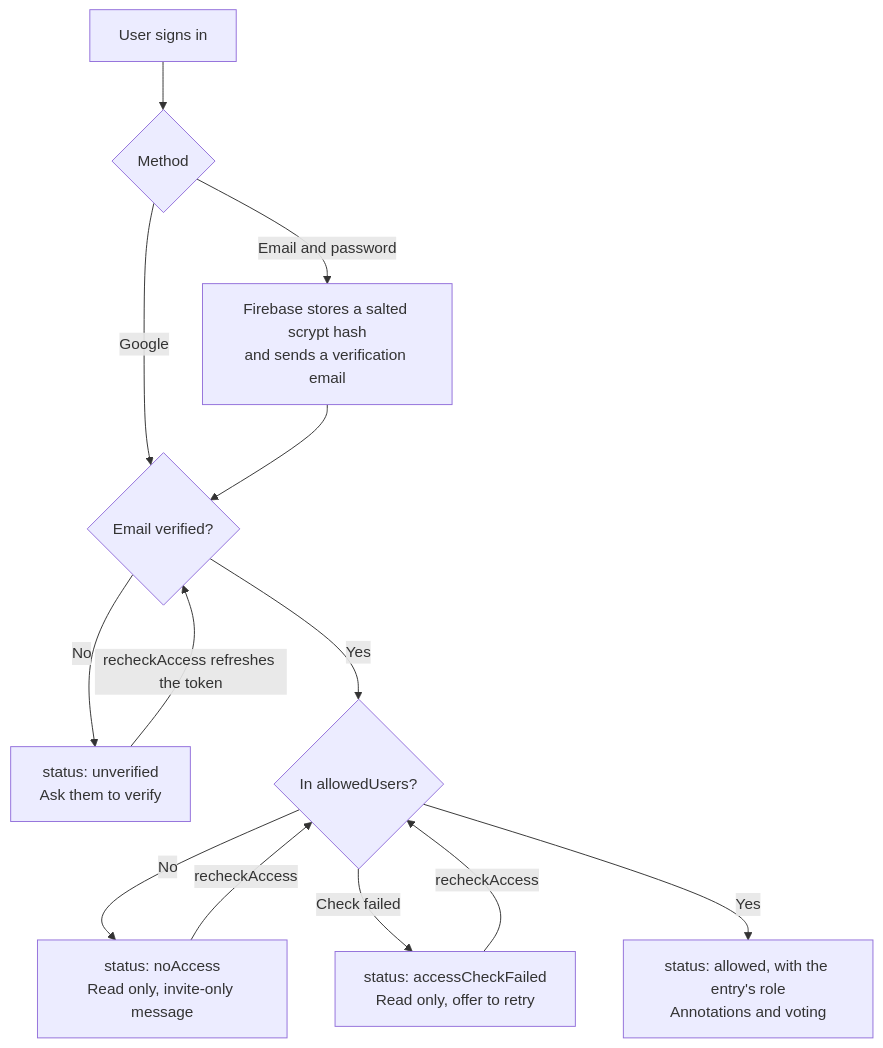
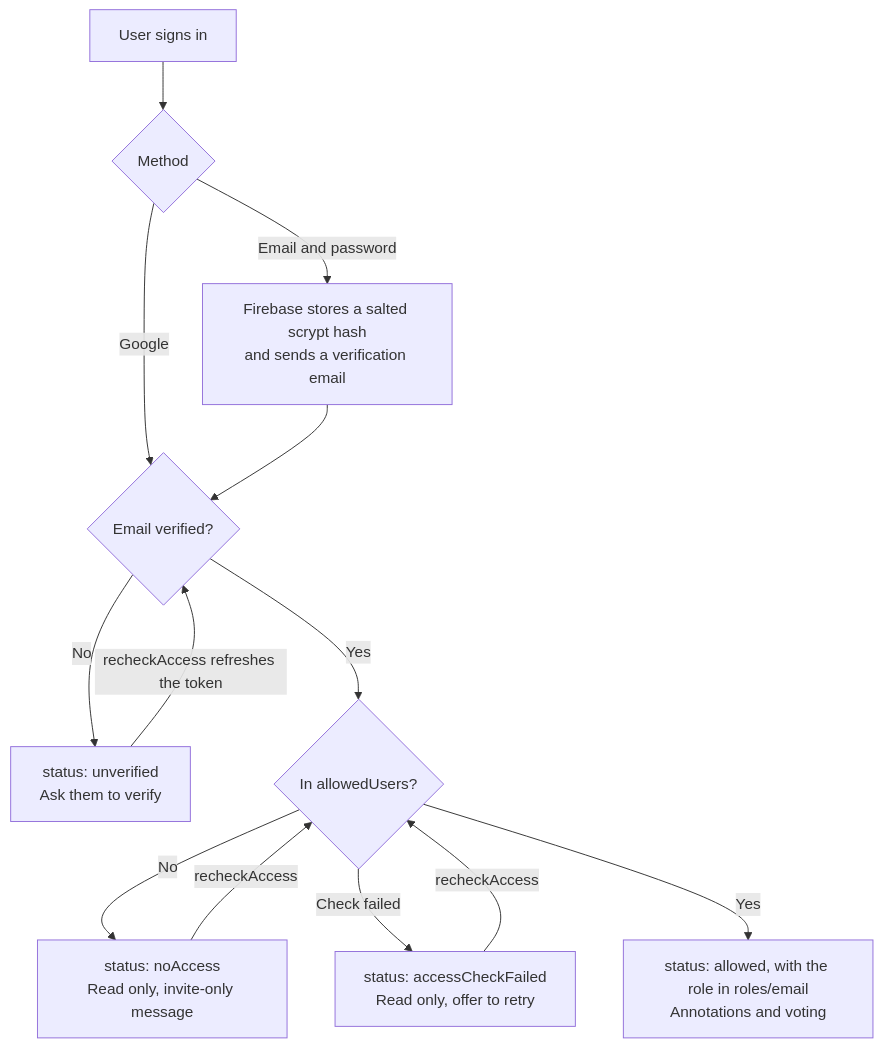
Diagram 17 of 21 in ARCHITECTURE.md (Valiance-Studios/bible-center), drawn with Mermaid before and after one commit. The commit also changed other lines of this file and 9 other files, not shown here.

````diff
--- a/ARCHITECTURE.md
+++ b/ARCHITECTURE.md
@@ -597,15 +597,15 @@
 ```mermaid
 flowchart TD
   start["User signs in"] --> method{"Method"}
   method -- "Google" --> verified{"Email verified?"}
   method -- "Email and password" --> register["Firebase stores a salted scrypt hash<br/>and sends a verification email"]
   register --> verified
   verified -- "No" --> prompt["status: unverified<br/>Ask them to verify"]
   prompt -- "recheckAccess refreshes the token" --> verified
   verified -- "Yes" --> allowed{"In allowedUsers?"}
   allowed -- "No" --> denied["status: noAccess<br/>Read only, invite-only message"]
   allowed -- "Check failed" --> failed["status: accessCheckFailed<br/>Read only, offer to retry"]
-  allowed -- "Yes" --> access["status: allowed, with the entry's role<br/>Annotations and voting"]
+  allowed -- "Yes" --> access["status: allowed, with the role in roles/email<br/>Annotations and voting"]
   denied -- "recheckAccess" --> allowed
   failed -- "recheckAccess" --> allowed
 ```
````
